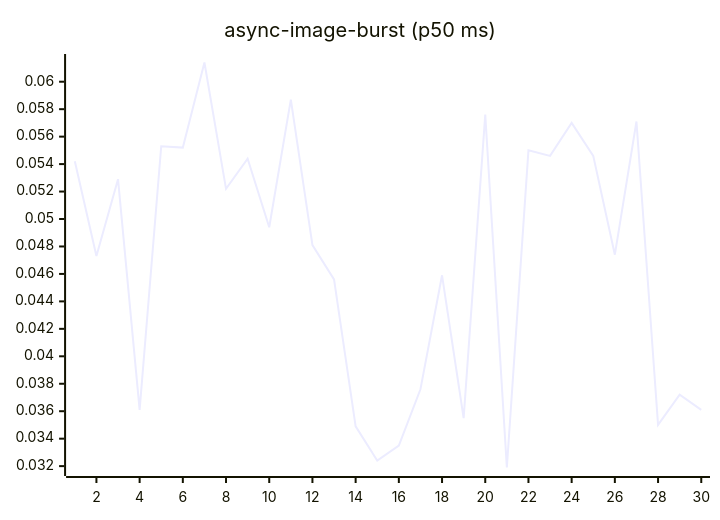
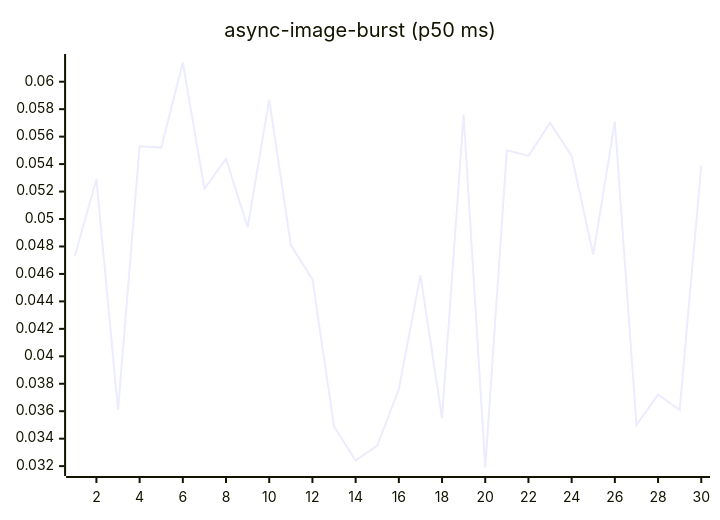
One commit to josha/Facet changed the fourth of 27 diagrams in README.md. Above: the diagram before and after it, drawn with Mermaid. The commit also changed other lines of this file and 2 other files, not shown here.

````diff
--- a/README.md
+++ b/README.md
@@ -84,6 +84,6 @@
 ```mermaid
 xychart-beta
     title "async-image-burst (p50 ms)"
     x-axis 1 --> 30
-    line [0.0542, 0.0473, 0.0529, 0.0361, 0.0553, 0.0552, 0.0614, 0.0522, 0.0544, 0.0494, 0.0587, 0.0481, 0.0456, 0.0349, 0.0324, 0.0335, 0.0376, 0.0459, 0.0355, 0.0576, 0.0319, 0.0550, 0.0546, 0.0570, 0.0546, 0.0474, 0.0571, 0.0350, 0.0372, 0.0361]
+    line [0.0473, 0.0529, 0.0361, 0.0553, 0.0552, 0.0614, 0.0522, 0.0544, 0.0494, 0.0587, 0.0481, 0.0456, 0.0349, 0.0324, 0.0335, 0.0376, 0.0459, 0.0355, 0.0576, 0.0319, 0.0550, 0.0546, 0.0570, 0.0546, 0.0474, 0.0571, 0.0350, 0.0372, 0.0361, 0.0539]
 ```
````
